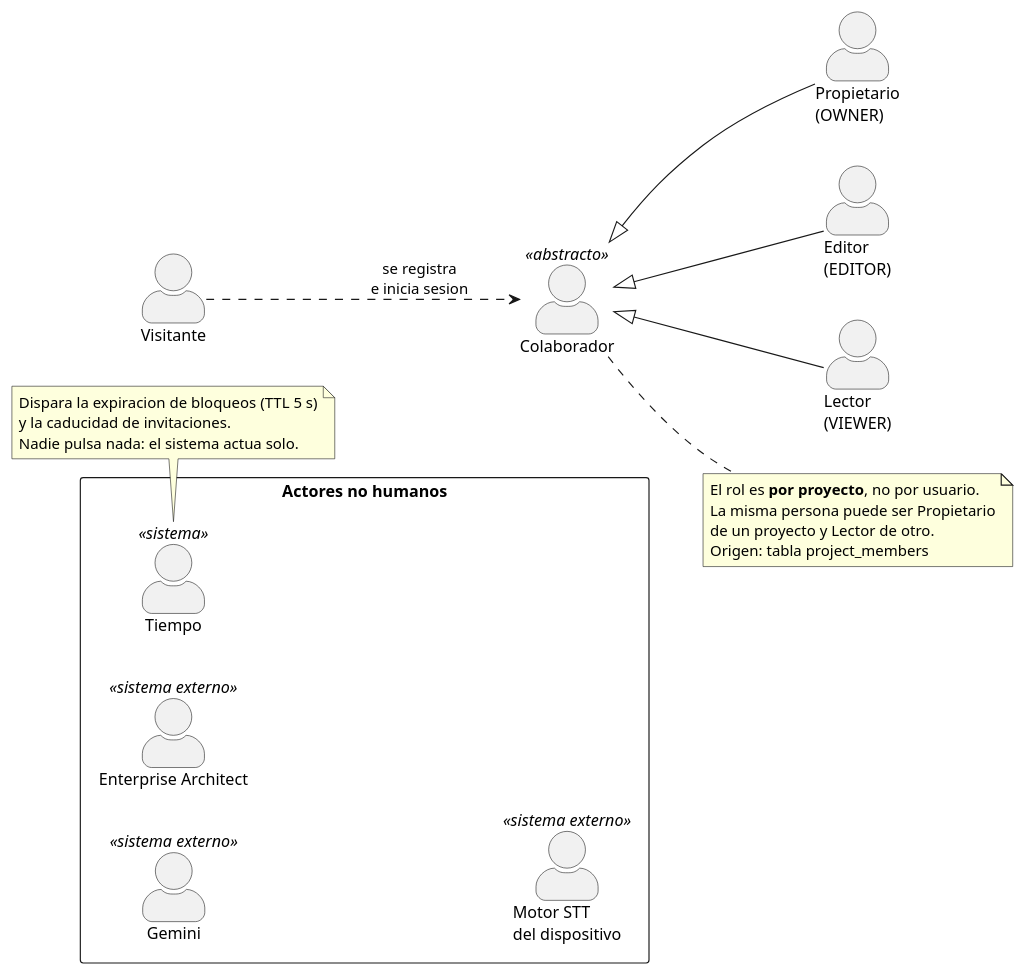
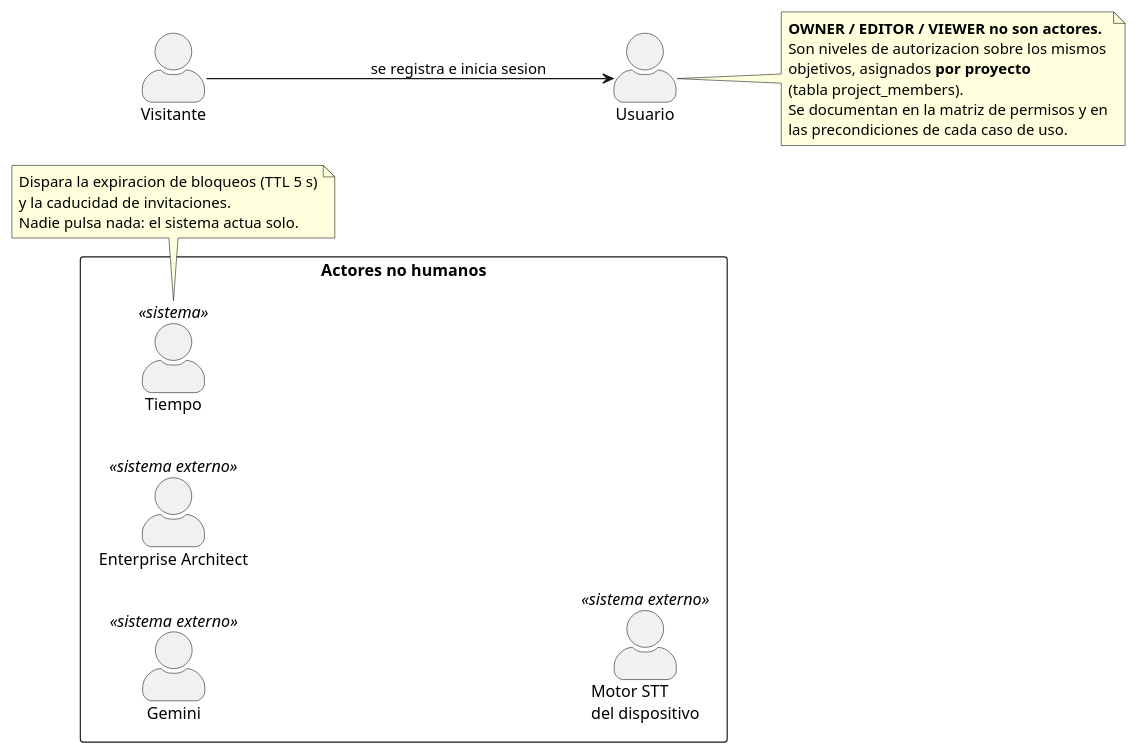
The diagram in docs/puds/diagramas/actores.puml (daniel-ol5/diagramacolaborativo), drawn with PlantUML before and after one commit. The commit also changed 7 other files, not shown here.

First line of the commit message:
docs: PUDS - los roles dejan de ser actores, pasan a matriz de permisos

```diff
--- a/docs/puds/diagramas/actores.puml
+++ b/docs/puds/diagramas/actores.puml
@@ -1,38 +1,33 @@
 @startuml actores
 ' ModelCollab - Actores del sistema (PUDS, modelo de casos de uso)
 left to right direction
 skinparam actorStyle awesome
 skinparam packageStyle rectangle
 
 actor "Visitante" as V
-actor "Colaborador" as C <<abstracto>>
-actor "Propietario\n(OWNER)" as OW
-actor "Editor\n(EDITOR)" as ED
-actor "Lector\n(VIEWER)" as VI
+actor "Usuario" as U
 
-C <|-- OW
-C <|-- ED
-C <|-- VI
+V --> U : se registra e inicia sesion
 
-note right of C
-  El rol es **por proyecto**, no por usuario.
-  La misma persona puede ser Propietario
-  de un proyecto y Lector de otro.
-  Origen: tabla project_members
+note right of U
+  **OWNER / EDITOR / VIEWER no son actores.**
+  Son niveles de autorizacion sobre los mismos
+  objetivos, asignados **por proyecto**
+  (tabla project_members).
+  Se documentan en la matriz de permisos y en
+  las precondiciones de cada caso de uso.
 end note
 
 package "Actores no humanos" {
   actor "Tiempo" as T <<sistema>>
   actor "Gemini" as G <<sistema externo>>
   actor "Enterprise Architect" as EA <<sistema externo>>
   actor "Motor STT\ndel dispositivo" as STT <<sistema externo>>
 }
 
 note bottom of T
   Dispara la expiracion de bloqueos (TTL 5 s)
   y la caducidad de invitaciones.
   Nadie pulsa nada: el sistema actua solo.
 end note
-
-V ..> C : se registra\ne inicia sesion
 @enduml
```
